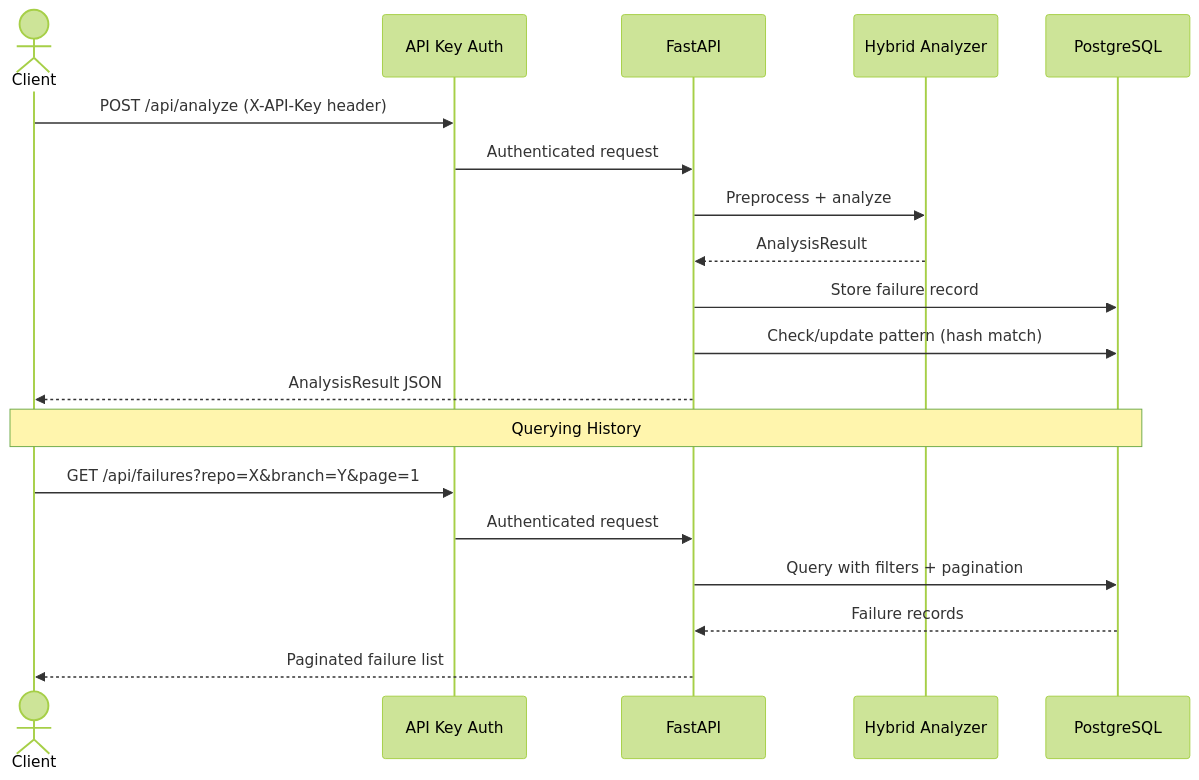
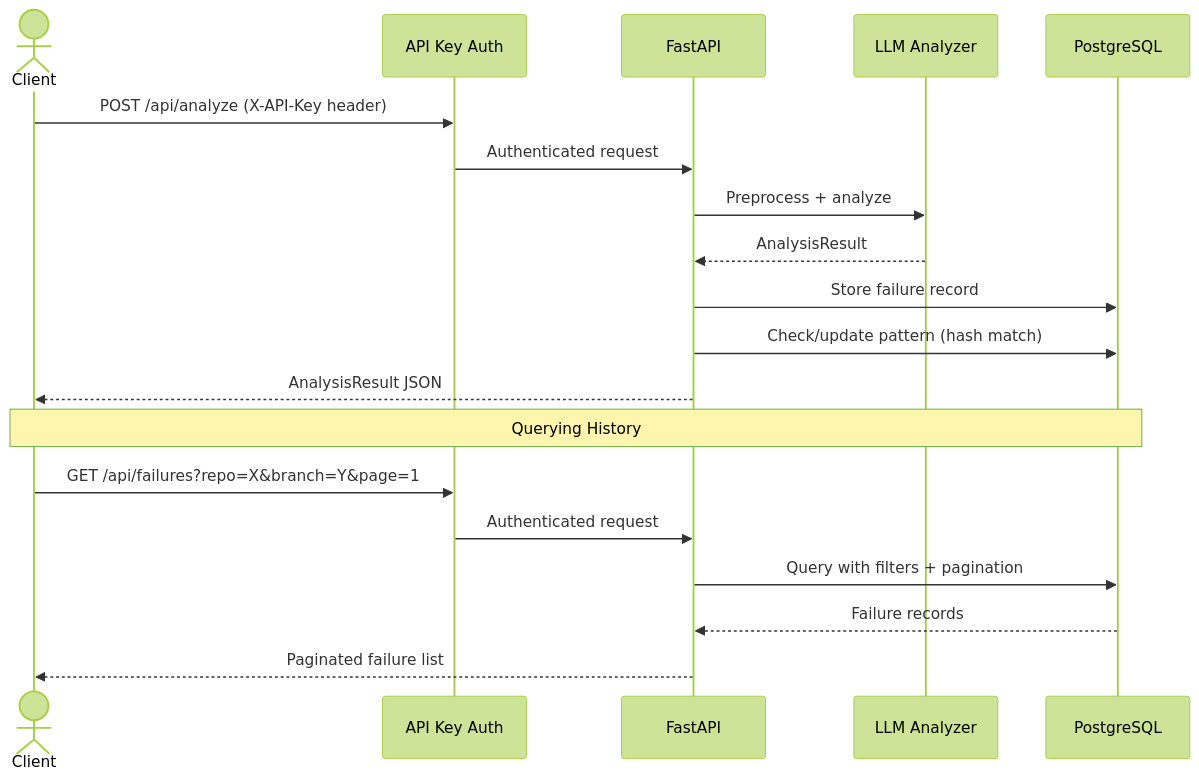
Before and after one commit to alihaidar2950/cifi: the fifth of 5 diagrams in docs/HLD.md, drawn with Mermaid (forest theme). The commit also changed other lines of this file and 18 other files, not shown here.

````diff
--- a/docs/HLD.md
+++ b/docs/HLD.md
@@ -301,23 +274,23 @@
 ```mermaid
 sequenceDiagram
     actor Client
     participant Auth as API Key Auth
     participant API as FastAPI
-    participant Analyzer as Hybrid Analyzer
+    participant Analyzer as LLM Analyzer
     participant DB as PostgreSQL
 
     Client->>Auth: POST /api/analyze (X-API-Key header)
     Auth->>API: Authenticated request
     API->>Analyzer: Preprocess + analyze
     Analyzer-->>API: AnalysisResult
     API->>DB: Store failure record
     API->>DB: Check/update pattern (hash match)
     API-->>Client: AnalysisResult JSON
 
     Note over Client,DB: Querying History
     Client->>Auth: GET /api/failures?repo=X&branch=Y&page=1
     Auth->>API: Authenticated request
     API->>DB: Query with filters + pagination
     DB-->>API: Failure records
     API-->>Client: Paginated failure list
 ```
````
